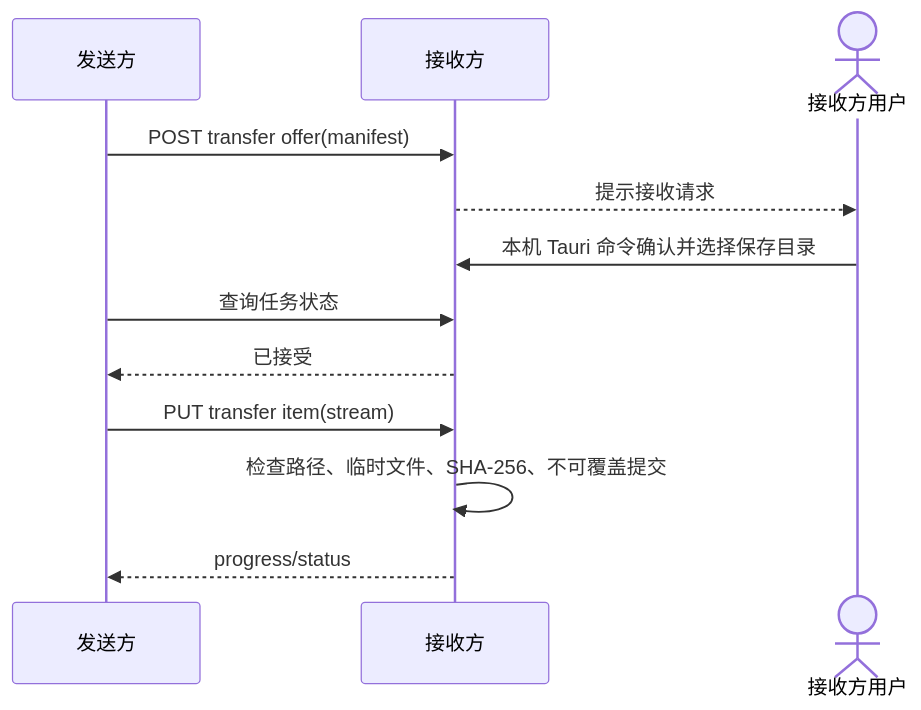
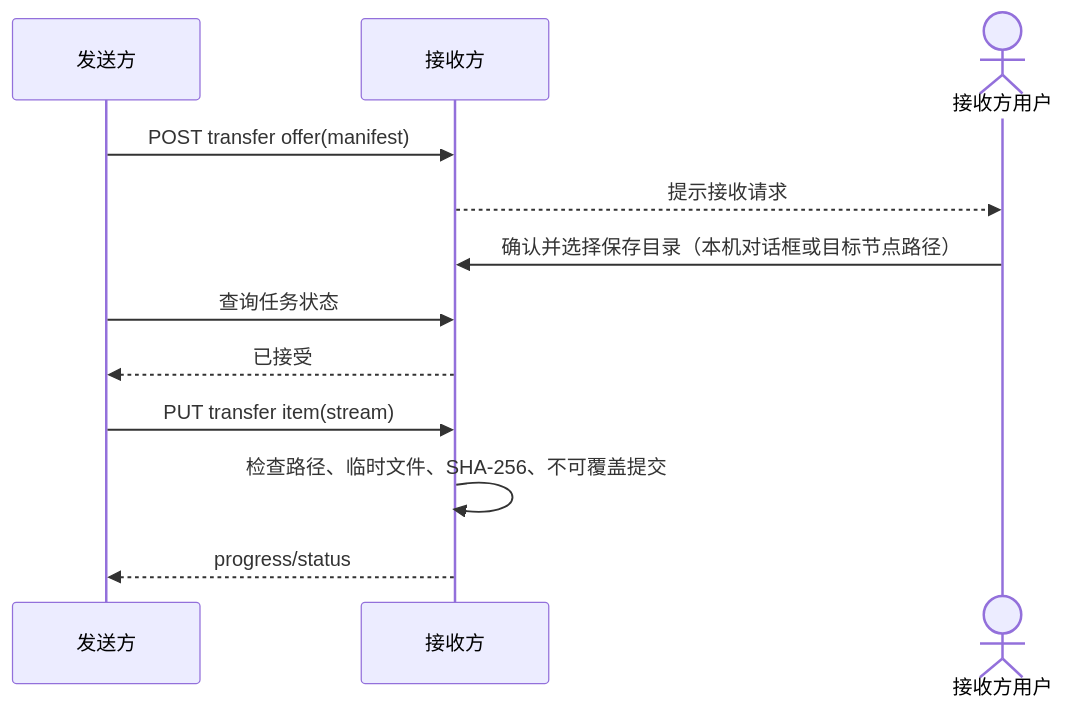
Before and after one commit to yangjinming1062/MeshShare: the fifth of 7 diagrams in docs/ARCHITECTURE_MAP.md, drawn with Mermaid. The commit also changed 42 other files, not shown here.

````diff
--- a/docs/ARCHITECTURE_MAP.md
+++ b/docs/ARCHITECTURE_MAP.md
@@ -73,14 +73,14 @@
 ```mermaid
 sequenceDiagram
   participant S as 发送方
   participant R as 接收方
   actor U as 接收方用户
   S->>R: POST transfer offer(manifest)
   R-->>U: 提示接收请求
-  U->>R: 本机 Tauri 命令确认并选择保存目录
+  U->>R: 确认并选择保存目录（本机对话框或目标节点路径）
   S->>R: 查询任务状态
   R-->>S: 已接受
   S->>R: PUT transfer item(stream)
   R->>R: 检查路径、临时文件、SHA-256、不可覆盖提交
   R-->>S: progress/status
 ```
````
